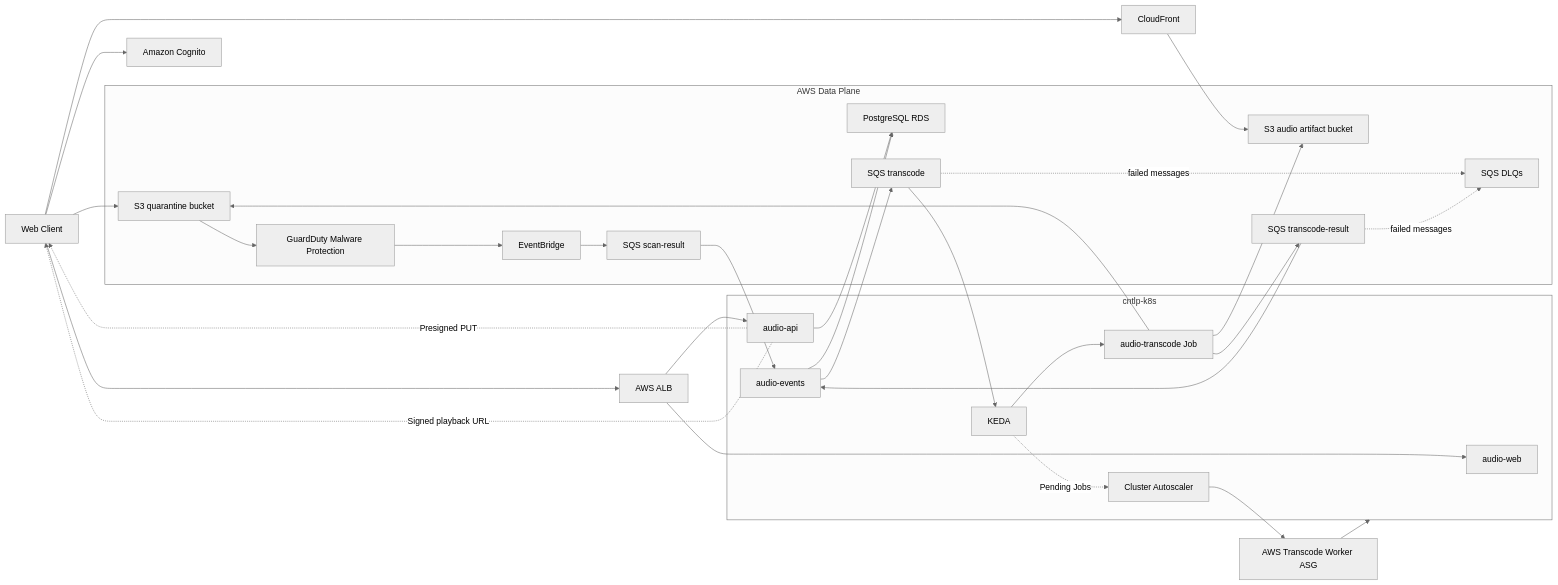
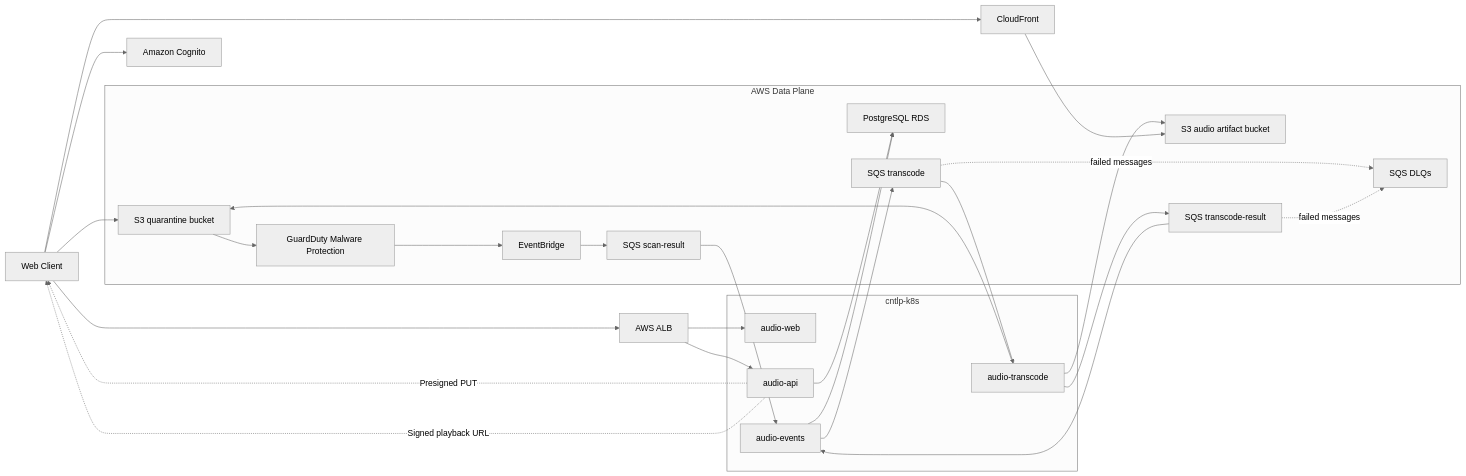
The first of 5 diagrams in docs/audio-service-architecture.md (project-cantaloupe/03-app-audio), drawn with Mermaid (neutral theme) before and after one commit. The commit also changed other lines of this file and 1 other file, not shown here.

Commit message:
docs: make worker autoscaling optional

````diff
--- a/docs/audio-service-architecture.md
+++ b/docs/audio-service-architecture.md
@@ -90,63 +93,54 @@
 ```mermaid
 flowchart LR
     Client["Web Client"]
     Cognito["Amazon Cognito"]
     ALB["AWS ALB"]
     CloudFront["CloudFront"]
 
     subgraph Cluster["cntlp-k8s"]
         Web["audio-web"]
         API["audio-api"]
         Events["audio-events"]
-        KEDA["KEDA"]
-        Worker["audio-transcode Job"]
-        CA["Cluster Autoscaler"]
+        Worker["audio-transcode"]
     end
 
     subgraph Data["AWS Data Plane"]
         RDS["PostgreSQL RDS"]
         Incoming["S3 quarantine bucket"]
         Artifacts["S3 audio artifact bucket"]
         GuardDuty["GuardDuty Malware Protection"]
         EventBridge["EventBridge"]
         ScanQueue["SQS scan-result"]
         JobQueue["SQS transcode"]
         ResultQueue["SQS transcode-result"]
         DLQ["SQS DLQs"]
     end
-
-    ASG["AWS Transcode Worker ASG"]
 
     Client --> Cognito
     Client --> ALB
     ALB --> Web
     ALB --> API
     API --> RDS
     API -. "Presigned PUT" .-> Client
     Client --> Incoming
 
     Incoming --> GuardDuty
     GuardDuty --> EventBridge
     EventBridge --> ScanQueue
     ScanQueue --> Events
     Events --> RDS
     Events --> JobQueue
 
-    JobQueue --> KEDA
-    KEDA --> Worker
+    JobQueue --> Worker
     Worker --> Incoming
     Worker --> Artifacts
     Worker --> ResultQueue
     ResultQueue --> Events
 
     JobQueue -. "failed messages" .-> DLQ
     ResultQueue -. "failed messages" .-> DLQ
 
-    KEDA -. "Pending Jobs" .-> CA
-    CA --> ASG
-    ASG --> Cluster
-
     API -. "Signed playback URL" .-> Client
     Client --> CloudFront
     CloudFront --> Artifacts
 ```
````
